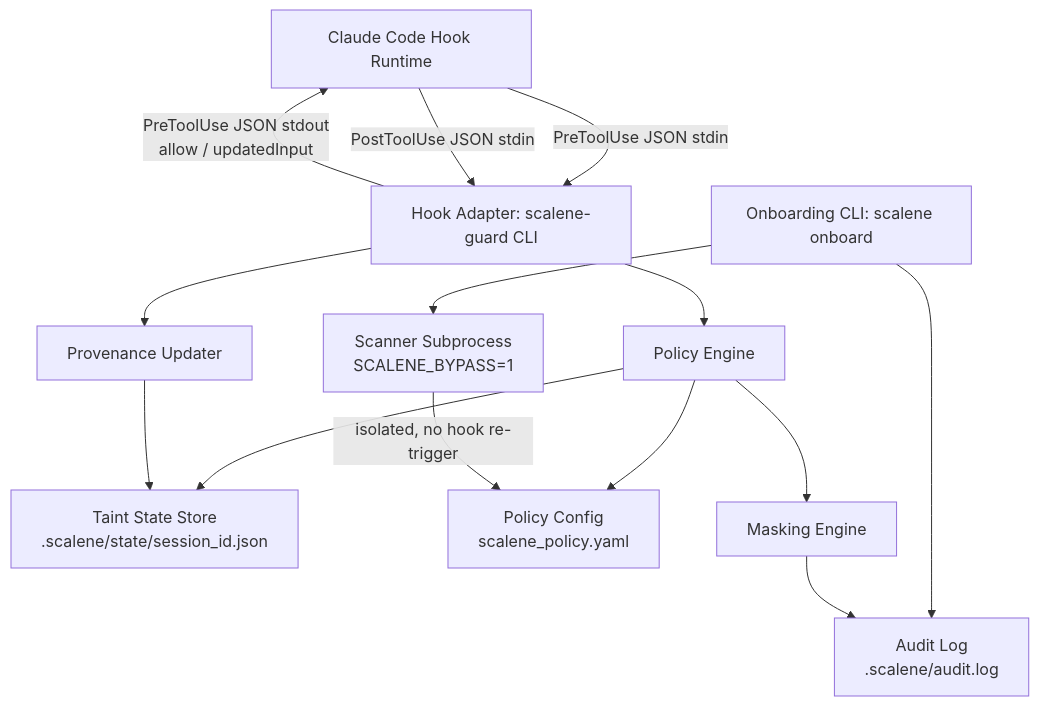
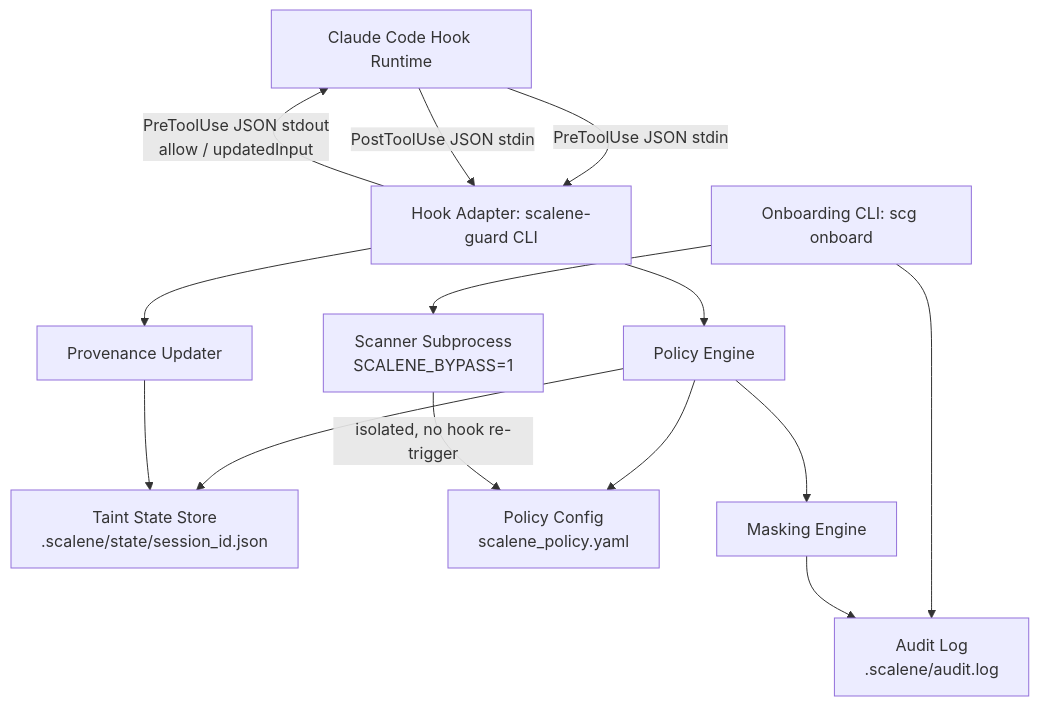
The first of 4 diagrams in docs/ARCHITECTURE.md (drusifer/Scalene), drawn with Mermaid before and after one commit. The commit also changed other lines of this file and 24 other files, not shown here.

First line of the commit message:
Package Scalene for PyPI distribution; rename dev CLI to scg

````diff
--- a/docs/ARCHITECTURE.md
+++ b/docs/ARCHITECTURE.md
@@ -23,16 +23,16 @@
 ```mermaid
 graph TD
     A[Claude Code Hook Runtime] -->|PreToolUse JSON stdin| B[Hook Adapter: scalene-guard CLI]
     B --> C[Policy Engine]
     C --> D[Taint State Store<br/>.scalene/state/session_id.json]
     C --> E[Policy Config<br/>scalene_policy.yaml]
     C --> F[Masking Engine]
     B -->|PreToolUse JSON stdout<br/>allow / updatedInput| A
     A -->|PostToolUse JSON stdin| B
     B --> G[Provenance Updater]
     G --> D
-    H[Onboarding CLI: scalene onboard] --> I[Scanner Subprocess<br/>SCALENE_BYPASS=1]
+    H[Onboarding CLI: scg onboard] --> I[Scanner Subprocess<br/>SCALENE_BYPASS=1]
     I -->|isolated, no hook re-trigger| E
     H --> J[Audit Log<br/>.scalene/audit.log]
     F --> J
 ```
````
